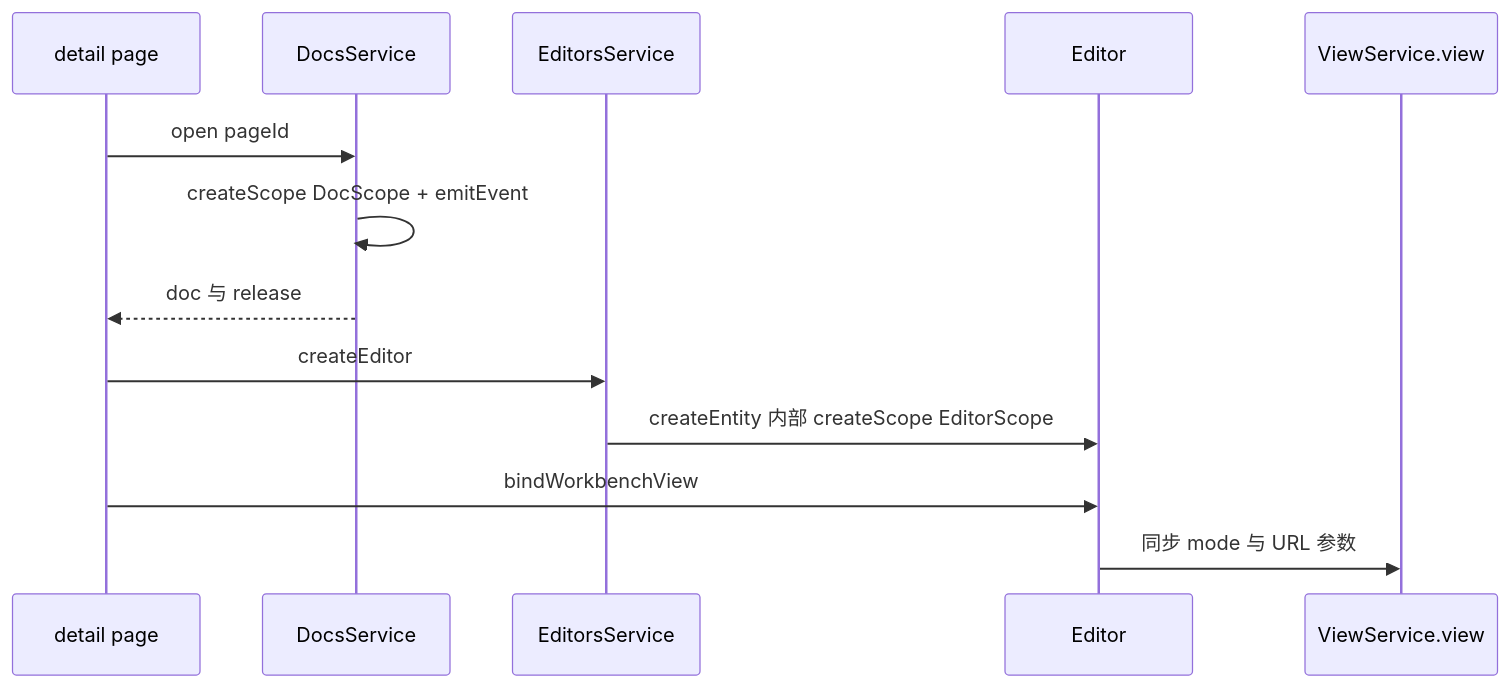
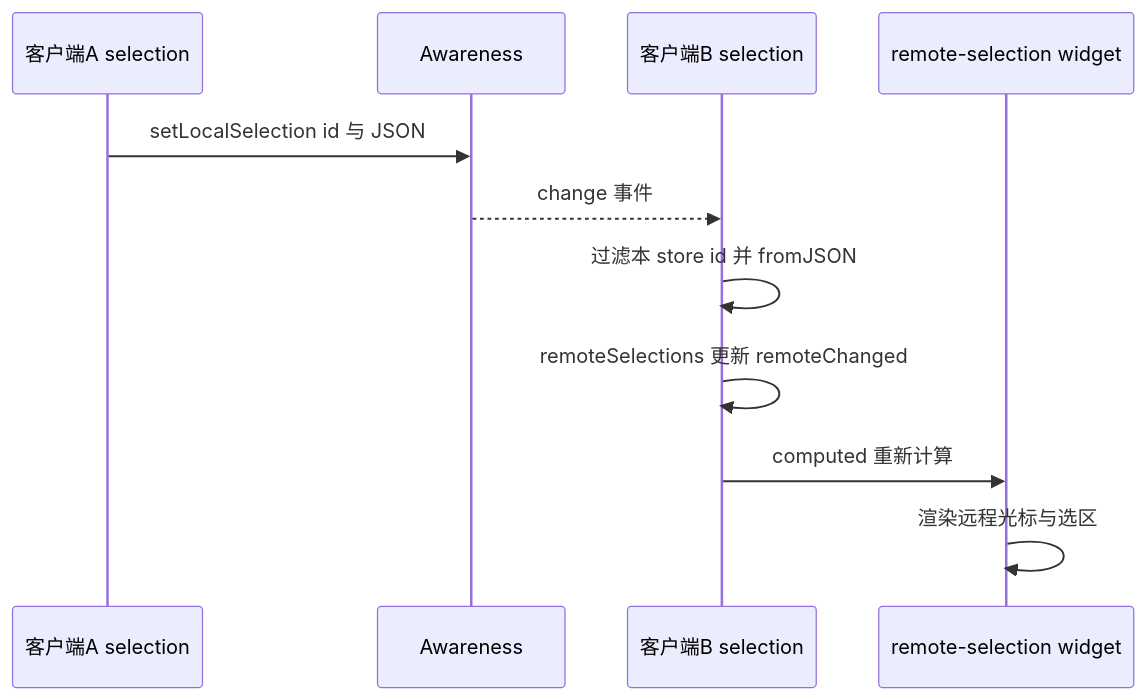
Before and after one commit to lfire/AFFiNE: the fourth of 6 diagrams in learning-guide/slides/decks/17.md, drawn with Mermaid. The commit also changed other lines of this file and 73 other files, not shown here.

````diff
--- a/learning-guide/slides/decks/17.md
+++ b/learning-guide/slides/decks/17.md
@@ -413,15 +366,13 @@
 ```mermaid
 sequenceDiagram
-  participant Route as detail page
-  participant DS as DocsService
-  participant ES as EditorsService
-  participant Ed as Editor
-  participant View as ViewService.view
-  Route->>DS: open pageId
-  DS->>DS: createScope DocScope + emitEvent
-  DS-->>Route: doc 与 release
-  Route->>ES: createEditor
-  ES->>Ed: createEntity 内部 createScope EditorScope
-  Route->>Ed: bindWorkbenchView
-  Ed->>View: 同步 mode 与 URL 参数
+  participant A as 客户端A selection
+  participant AW as Awareness
+  participant B as 客户端B selection
+  participant W as remote-selection widget
+  A->>AW: setLocalSelection id 与 JSON
+  AW-->>B: change 事件
+  B->>B: 过滤本 store id 并 fromJSON
+  B->>B: remoteSelections 更新 remoteChanged
+  B->>W: computed 重新计算
+  W->>W: 渲染远程光标与选区
 ```
````
